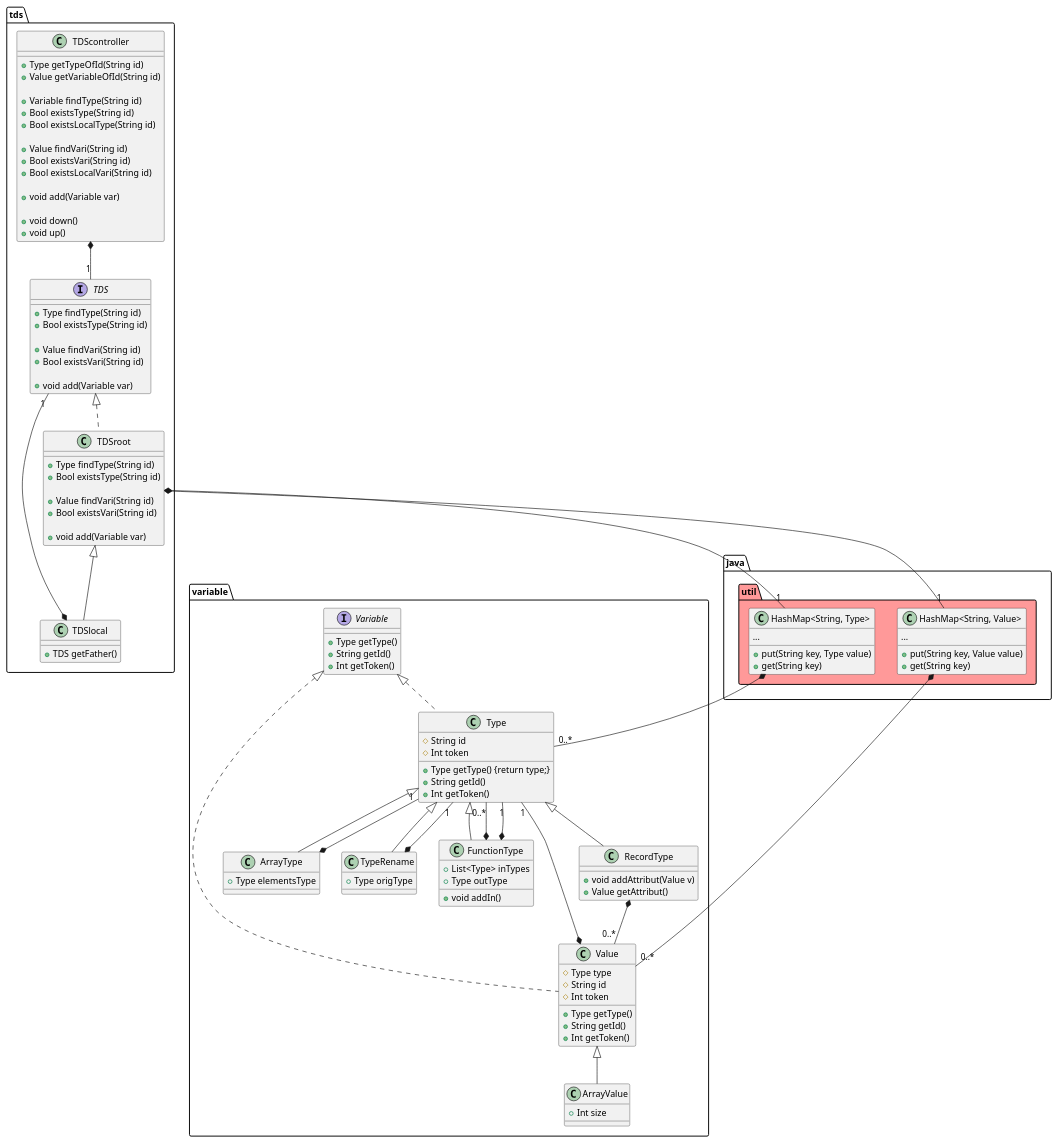
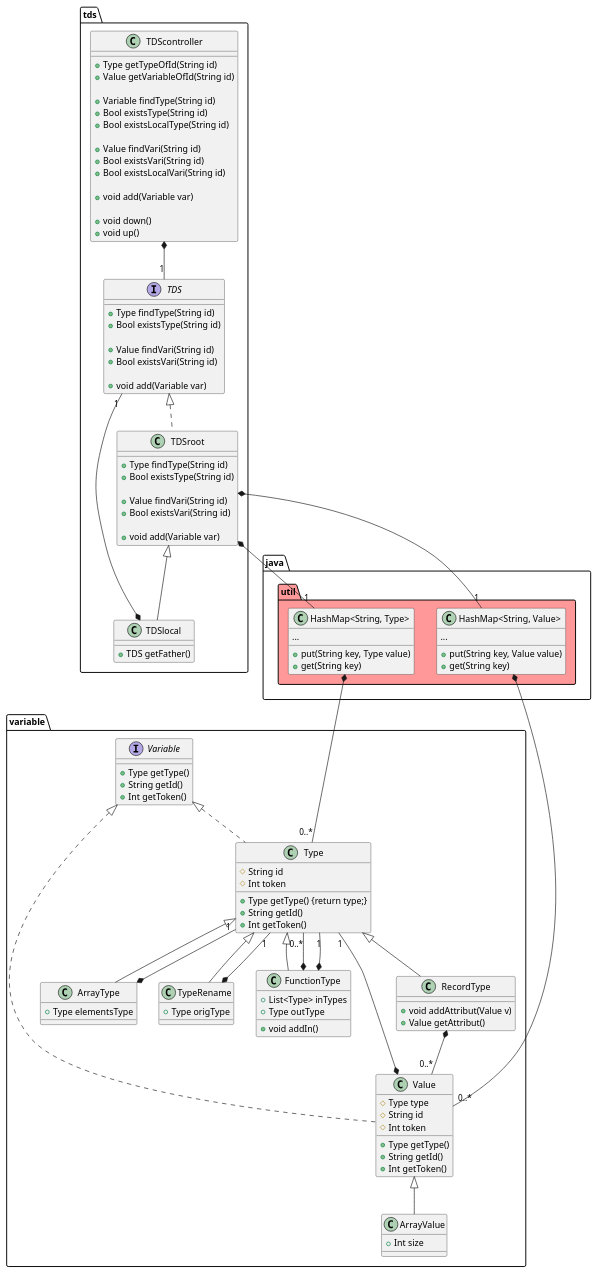
One commit to Tiger-compiler-team-2023/tiger-compiler changed the diagram in AntlrMavenProject/chaoscompiler/src/main/java/eu/tn/chaoscompiler/tdstool/README.figures/TDS.puml. Above: the diagram before and after it, drawn with PlantUML. The commit also changed 2 other files, not shown here.

Commit message:
[EDIT] Diagrammes

```diff
--- a/AntlrMavenProject/chaoscompiler/src/main/java/eu/tn/chaoscompiler/tdstool/README.figures/TDS.puml
+++ b/AntlrMavenProject/chaoscompiler/src/main/java/eu/tn/chaoscompiler/tdstool/README.figures/TDS.puml
@@ -1,124 +1,126 @@
 @startuml
 
 package tds {
 
   class TDScontroller {
     +Type getTypeOfId(String id)
     +Value getVariableOfId(String id)
 
     +Variable findType(String id)
     +Bool existsType(String id)
     +Bool existsLocalType(String id)
 
     +Value findVari(String id)
     +Bool existsVari(String id)
     +Bool existsLocalVari(String id)
 
     +void add(Variable var)
 
     +void down()
     +void up()
   }
 
   interface TDS {
     +Type findType(String id)
     +Bool existsType(String id)
 
     +Value findVari(String id)
     +Bool existsVari(String id)
 
     +void add(Variable var)
   }
 
   class TDSroot implements TDS {
     +Type findType(String id)
     +Bool existsType(String id)
 
     +Value findVari(String id)
     +Bool existsVari(String id)
     
     +void add(Variable var)
   }
 
   class TDSlocal extends TDSroot {
     +TDS getFather()
   }
 }
 
 package variable {
 
   Interface Variable {
     +Type getType()
     +String getId()
     +Int getToken()
   }
 
   class Type implements Variable {
     #String id
     #Int token
 
     +Type getType() {return type;}
     +String getId()
     +Int getToken()
   }
 
   class RecordType extends Type {
     +void addAttribut(Value v)
     +Value getAttribut()
   }
 
   class ArrayType extends Type {
     +Type elementsType
   }
 
   class TypeRename extends Type {
     +Type origType
   }
 
   class FunctionType extends Type {
     +List<Type> inTypes
     +Type outType
     +void addIn()
   }
 
   class Value implements Variable {
     #Type type
     #String id
     #Int token
 
     +Type getType()
     +String getId()
     +Int getToken()
   }
 
   class ArrayValue extends Value {
     +Int size
   }
 }
 
 package java.util #ff9999 {
   class "HashMap<String, Type>" {
     ...
     +put(String key, Type value)
     +get(String key)
   }
   class "HashMap<String, Value>" {
     ...
     +put(String key, Value value)
     +get(String key)
   }
 }
 
 TDScontroller *--"1" TDS
 TDSlocal *--"1" TDS
 TDSroot *--"1" "HashMap<String, Type>"
 TDSroot *--"1" "HashMap<String, Value>"
 "HashMap<String, Type>" *--"0..*" Type
 "HashMap<String, Value>" *--"0..*" Value
 Value *--"1" Type
 RecordType *--"0..*" Value
 ArrayType *--"1" Type
 TypeRename *--"1" Type
 FunctionType *--"0..*" Type
 FunctionType *--"1" Type
+
+TDSlocal -[hidden]-> Variable
 @enduml
```
